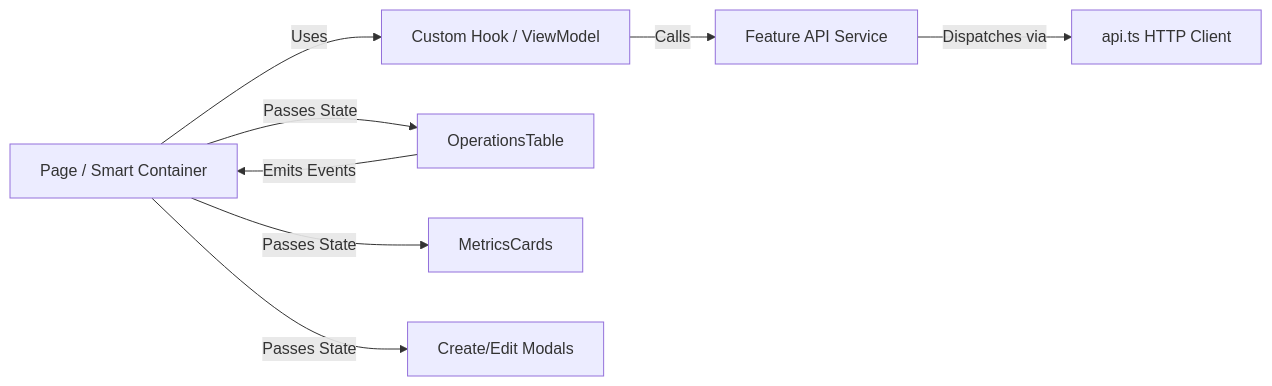
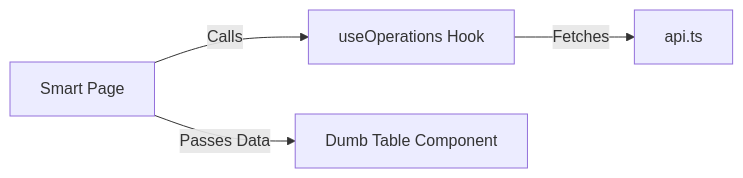
Before and after one commit to Sujalkathait/PortFlow: the second of 2 diagrams in LLD_ARCHITECTURE.md, drawn with Mermaid. The commit also changed other lines of this file and 30 other files, not shown here.

````diff
--- a/LLD_ARCHITECTURE.md
+++ b/LLD_ARCHITECTURE.md
@@ -230,10 +60,6 @@
 ```mermaid
 graph LR
-    PageContainer[Page / Smart Container] -->|Uses| Hook[Custom Hook / ViewModel]
-    Hook -->|Calls| FeatService[Feature API Service]
-    FeatService -->|Dispatches via| APIFacade[api.ts HTTP Client]
-    PageContainer -->|Passes State| Presentational1[OperationsTable]
-    PageContainer -->|Passes State| Presentational2[MetricsCards]
-    PageContainer -->|Passes State| Presentational3[Create/Edit Modals]
-    Presentational1 -->|Emits Events| PageContainer
+    Page[Smart Page] -->|Calls| Hook[useOperations Hook]
+    Page -->|Passes Data| Table[Dumb Table Component]
+    Hook -->|Fetches| API[api.ts]
 ```
````
